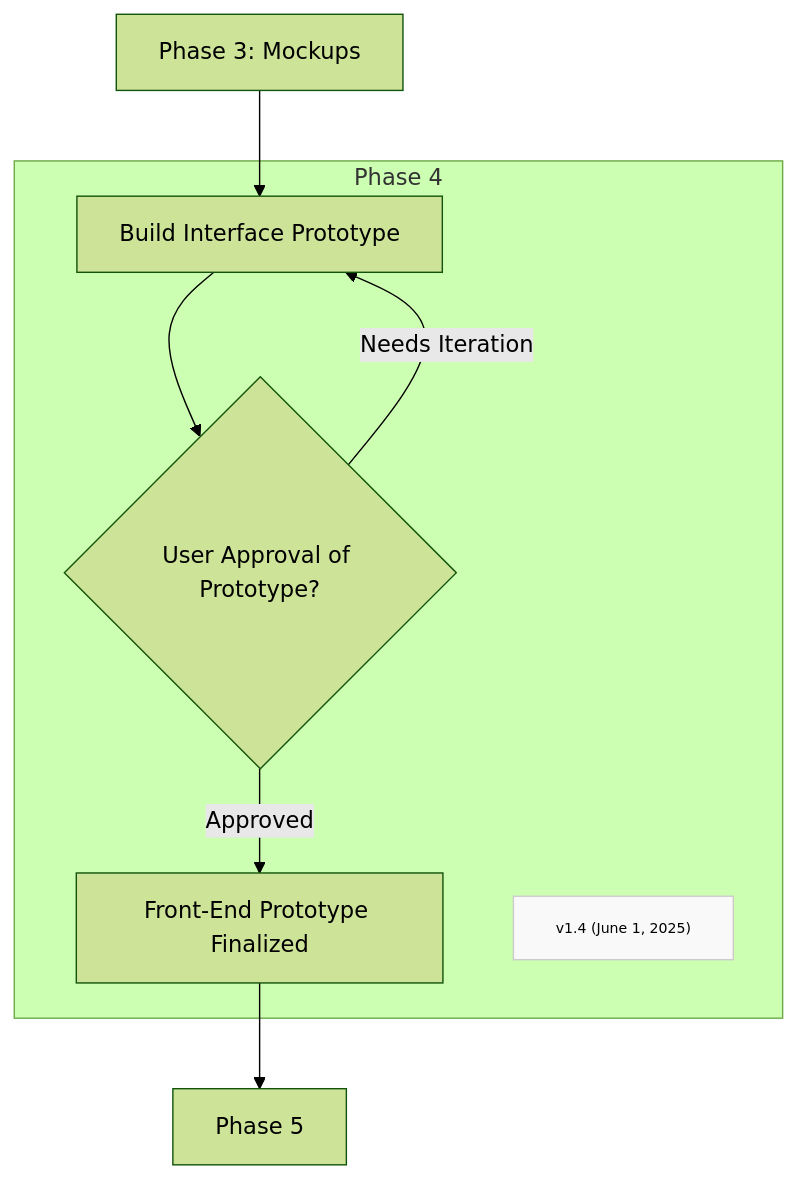
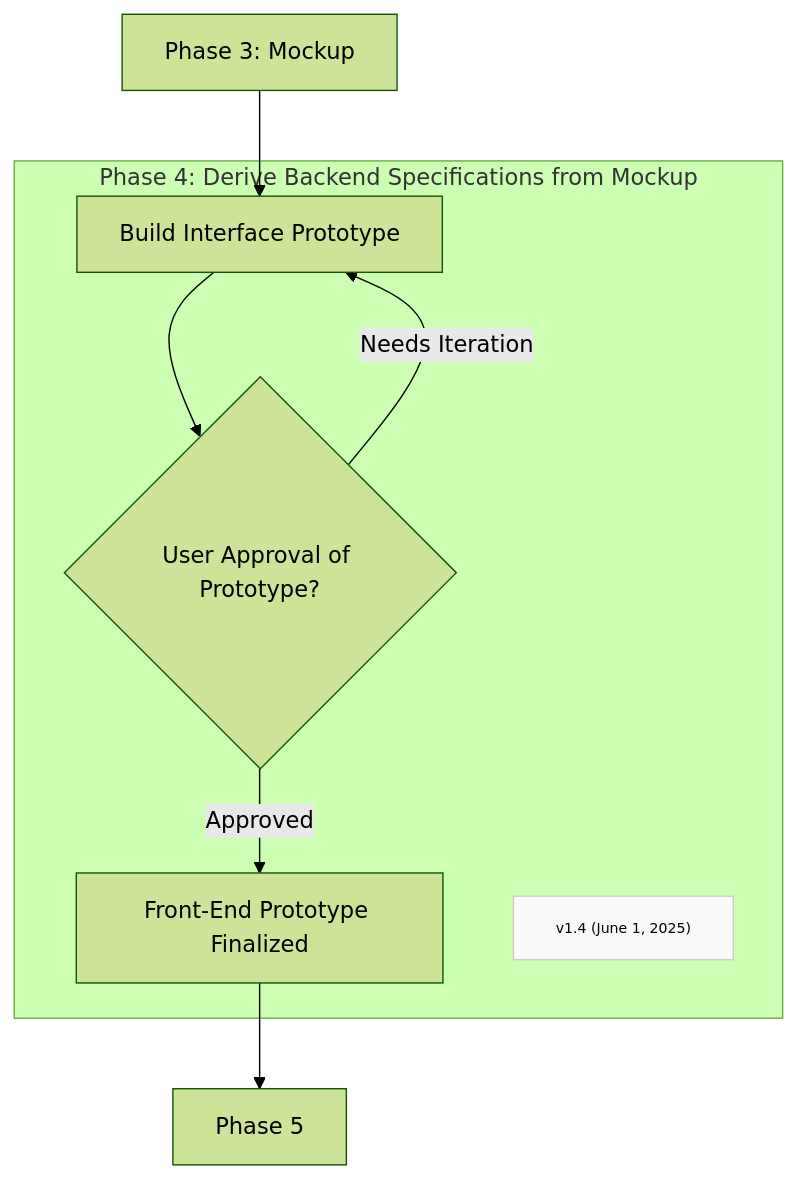
One commit to Mharbulous/Front-First-Method changed the diagram in Phases/FF-phase4.md. Above: the diagram before and after it, drawn with Mermaid (forest theme). The commit also changed 2 other files, not shown here.

Commit message:
Updating phase diagrams

````diff
--- a/Phases/FF-phase4.md
+++ b/Phases/FF-phase4.md
@@ -2,19 +2,19 @@
 ```mermaid
 graph TD
     
-B1["Phase 3: Mockups"]  --> B2["Build Interface Prototype"] 
+B1["Phase 3: Mockup"]  --> B2["Build Interface Prototype"] 
 
-    subgraph Phase4["Phase 4"]
+    subgraph Phase4["Phase 4: Derive Backend Specifications from Mockup"]
         B2 --> B3_Val{"User Approval of Prototype?"}
         B3_Val -->|Needs Iteration| B2
         B3_Val -->|Approved| C_Spec["Front-End Prototype Finalized"]
         Version["v1.4 (June 1, 2025)"]
         classDef version fill:#f9f9f9,stroke:#ccc,font-size:10px
         class Version version
         
     end
 
 C_Spec["Front-End Prototype Finalized"] --> Phase5["Phase 5"]
 
 
 ```
````
